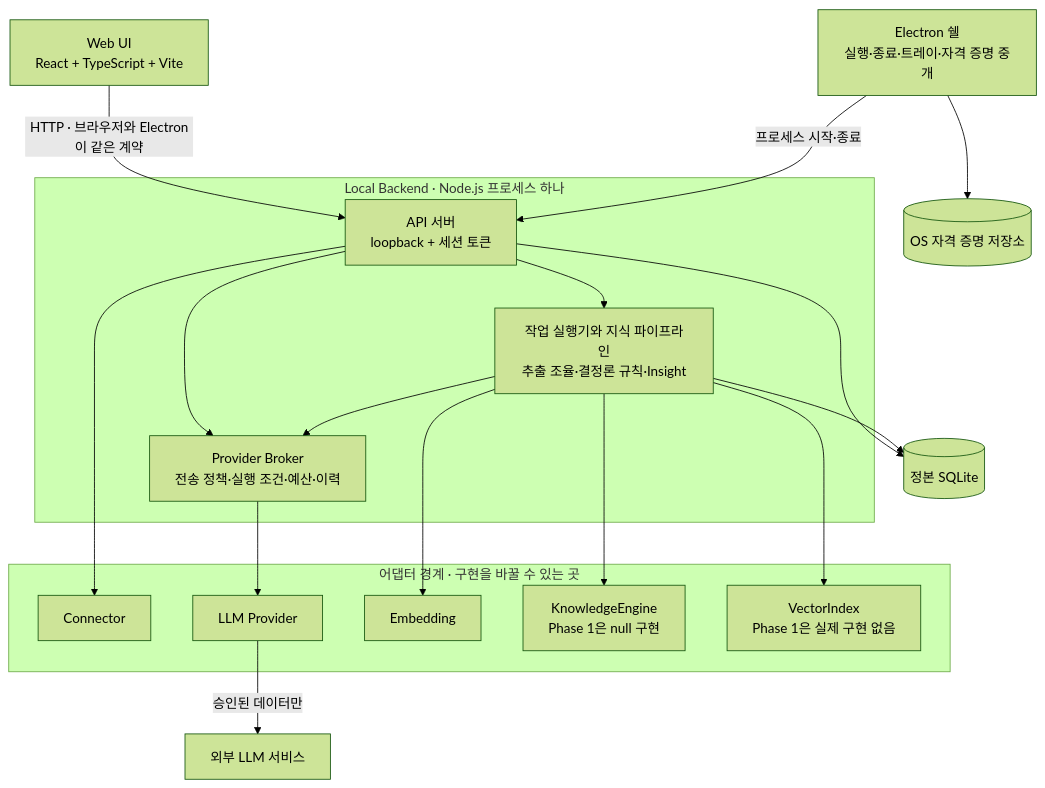
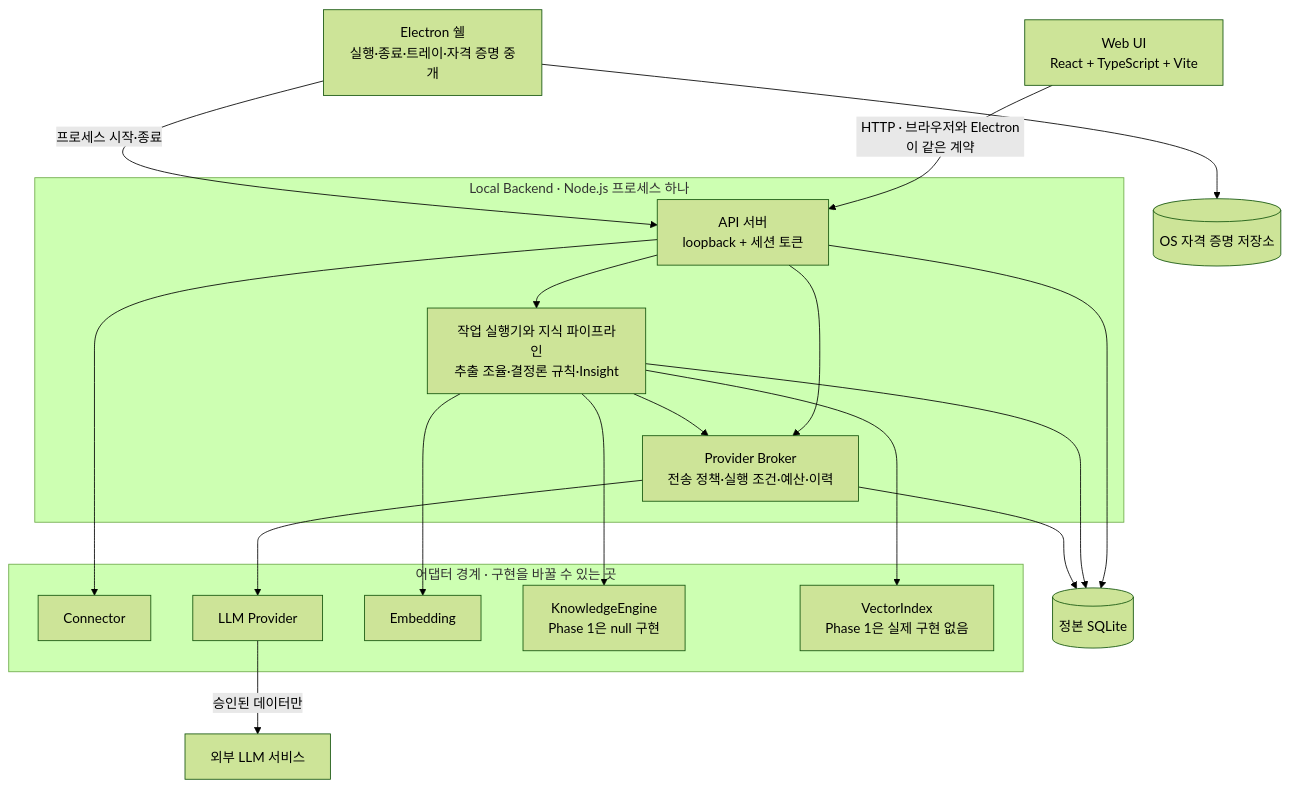
One commit to nohdol97/PKI changed the first of 2 diagrams in docs/ARCHITECTURE.md. Above: the diagram before and after it, drawn with Mermaid (forest theme). The commit also changed other lines of this file and 9 other files, not shown here.

````diff
--- a/docs/ARCHITECTURE.md
+++ b/docs/ARCHITECTURE.md
@@ -61,34 +63,35 @@
 ```mermaid
 flowchart TB
   UI["Web UI<br/>React + TypeScript + Vite"]
   SHELL["Electron 쉘<br/>실행·종료·트레이·자격 증명 중개"]
   subgraph BACKEND["Local Backend · Node.js 프로세스 하나"]
     API["API 서버<br/>loopback + 세션 토큰"]
     PIPE["작업 실행기와 지식 파이프라인<br/>추출 조율·결정론 규칙·Insight"]
     BROKER["Provider Broker<br/>전송 정책·실행 조건·예산·이력"]
   end
   subgraph ADAPTERS["어댑터 경계 · 구현을 바꿀 수 있는 곳"]
     CONN["Connector"]
     PROV["LLM Provider"]
     EMB["Embedding"]
     ENG["KnowledgeEngine<br/>Phase 1은 null 구현"]
     VEC["VectorIndex<br/>Phase 1은 실제 구현 없음"]
   end
   DB[("정본 SQLite")]
   CRED[("OS 자격 증명 저장소")]
   EXT["외부 LLM 서비스"]
   UI -->|"HTTP · 브라우저와 Electron이 같은 계약"| API
   SHELL -->|"프로세스 시작·종료"| API
   SHELL --> CRED
   API --> CONN
   API --> DB
   API --> PIPE
   API --> BROKER
   PIPE --> DB
   PIPE --> BROKER
   PIPE --> ENG
   PIPE --> EMB
   PIPE --> VEC
+  BROKER --> DB
   BROKER --> PROV
   PROV -->|"승인된 데이터만"| EXT
 ```
````
